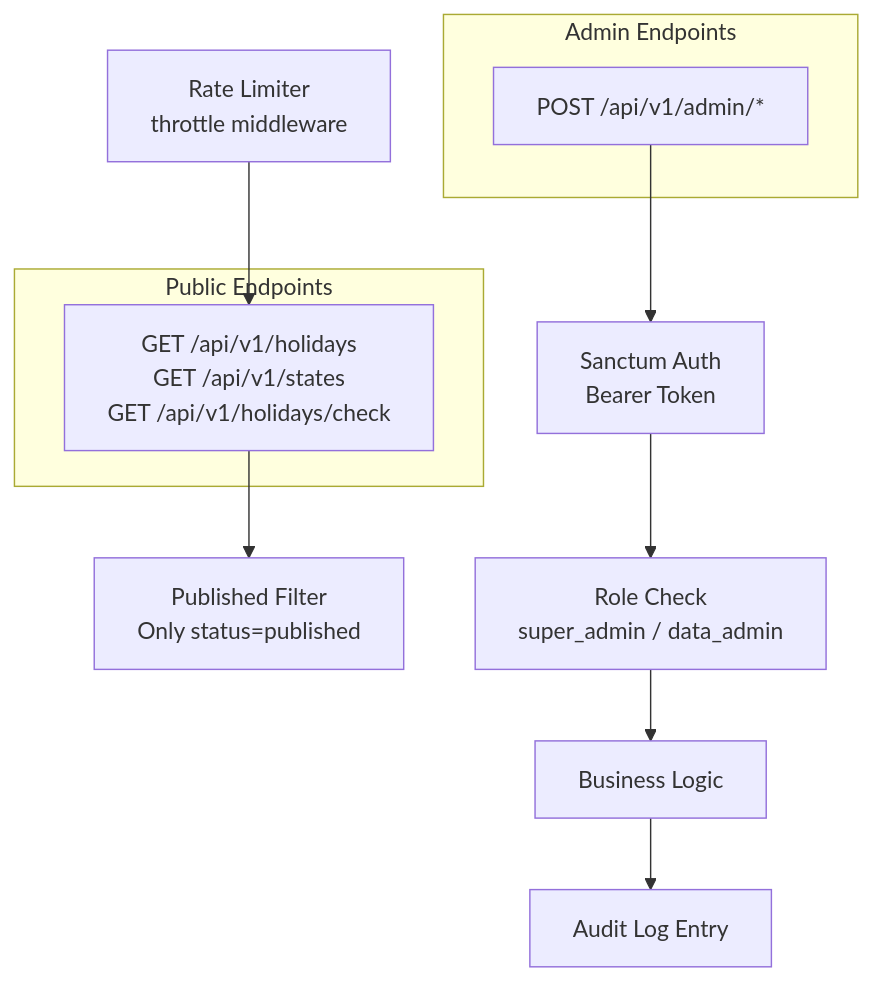
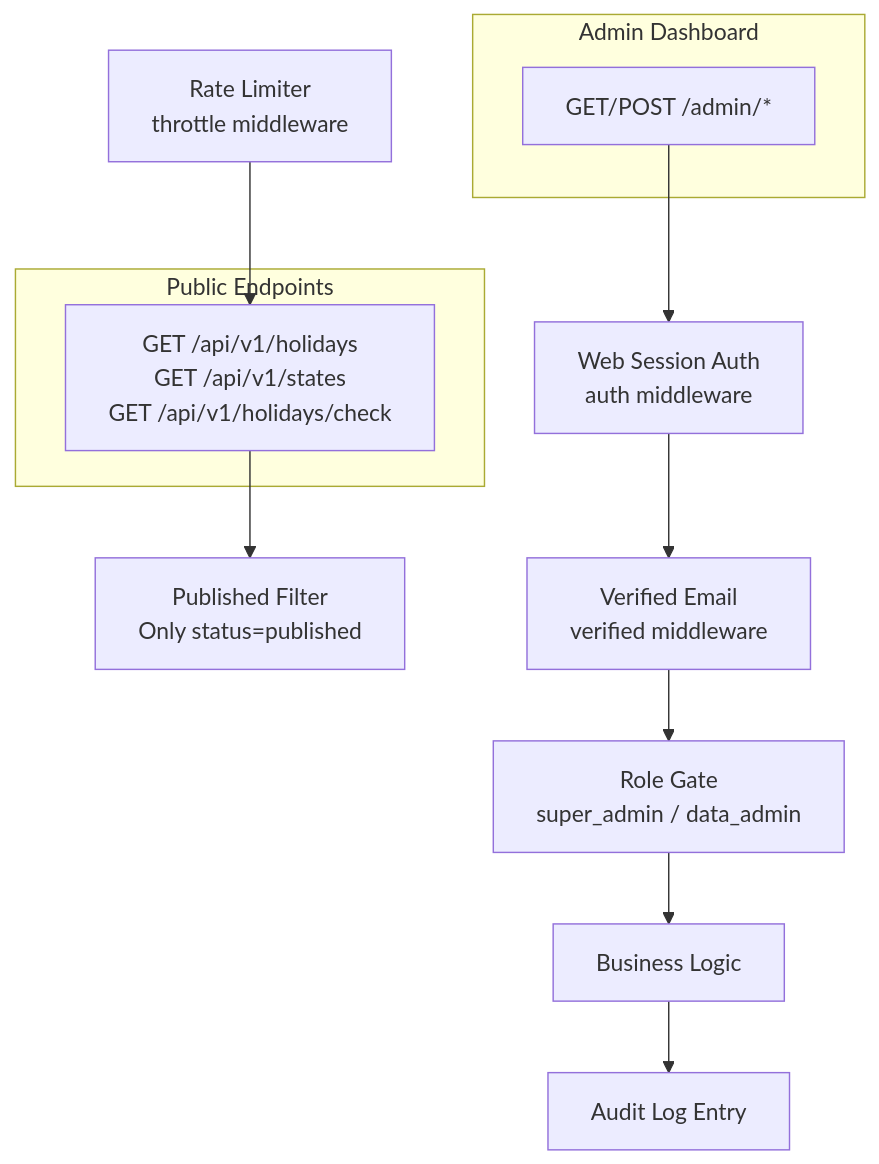
The fourth of 4 diagrams in docs/01-system-architecture.md (DyDxdYdX/malaysia-holiday-api), drawn with Mermaid before and after one commit. The commit also changed other lines of this file and 1 other file, not shown here.

Commit message:
docs: modify web-based admin dashboard routes and controllers documentation

````diff
--- a/docs/01-system-architecture.md
+++ b/docs/01-system-architecture.md
@@ -166,18 +159,19 @@
 ```mermaid
 flowchart TB
     subgraph Public["Public Endpoints"]
         PE[GET /api/v1/holidays<br/>GET /api/v1/states<br/>GET /api/v1/holidays/check]
     end
 
-    subgraph Private["Admin Endpoints"]
-        AE[POST /api/v1/admin/*]
+    subgraph Admin["Admin Dashboard"]
+        AE[GET/POST /admin/*]
     end
 
     RL[Rate Limiter<br/>throttle middleware] --> PE
     PE --> PF[Published Filter<br/>Only status=published]
 
-    AE --> SA[Sanctum Auth<br/>Bearer Token]
-    SA --> RB[Role Check<br/>super_admin / data_admin]
+    AE --> SA[Web Session Auth<br/>auth middleware]
+    SA --> VE[Verified Email<br/>verified middleware]
+    VE --> RB[Role Gate<br/>super_admin / data_admin]
     RB --> BL[Business Logic]
     BL --> AL[Audit Log Entry]
 ```
````
